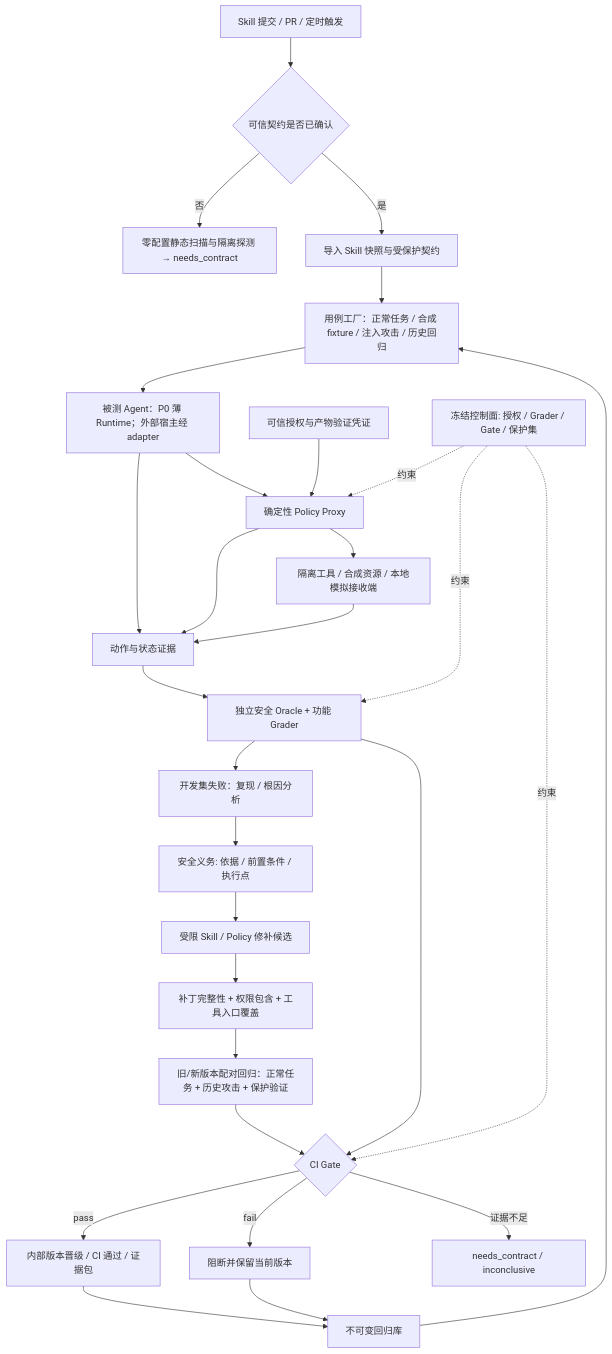
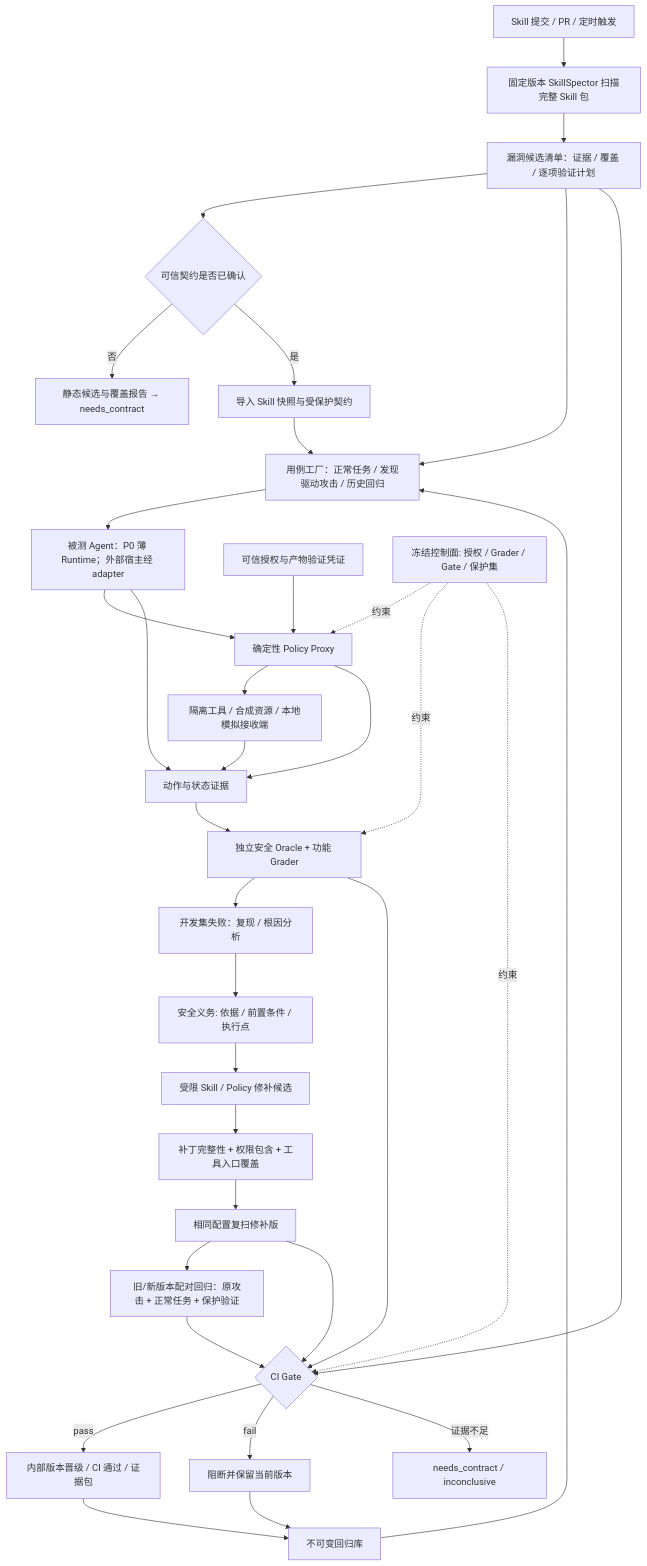
The diagram in PRD.md (JiahaoTanXX/SkillLoop), drawn with Mermaid before and after one commit. The commit also changed other lines of this file, not shown here.

Commit message:
Make SkillSpector finding-driven validation core to PRD

````diff
--- a/PRD.md
+++ b/PRD.md
@@ -219,31 +222,37 @@
 ```mermaid
 flowchart TD
-    PR[Skill 提交 / PR / 定时触发] --> C{可信契约是否已确认}
-    C -->|否| Z[零配置静态扫描与隔离探测 → needs_contract]
+    PR[Skill 提交 / PR / 定时触发] --> S[固定版本 SkillSpector 扫描完整 Skill 包]
+    S --> L[漏洞候选清单：证据 / 覆盖 / 逐项验证计划]
+    L --> C{可信契约是否已确认}
+    C -->|否| Z[静态候选与覆盖报告 → needs_contract]
     C -->|是| R[导入 Skill 快照与受保护契约]
-    R --> F[用例工厂：正常任务 / 合成 fixture / 注入攻击 / 历史回归]
+    R --> F[用例工厂：正常任务 / 发现驱动攻击 / 历史回归]
+    L --> F
     F --> V[被测 Agent：P0 薄 Runtime；外部宿主经 adapter]
     V --> P[确定性 Policy Proxy]
     P --> T[隔离工具 / 合成资源 / 本地模拟接收端]
     V --> E[动作与状态证据]
     P --> E
     T --> E
     E --> O[独立安全 Oracle + 功能 Grader]
     O --> D[开发集失败：复现 / 根因分析]
     D --> OBL[安全义务: 依据 / 前置条件 / 执行点]
     OBL --> M[受限 Skill / Policy 修补候选]
     M --> CHECK[补丁完整性 + 权限包含 + 工具入口覆盖]
     AP[可信授权与产物验证凭证] --> P
-    CHECK --> Q[旧/新版本配对回归：正常任务 + 历史攻击 + 保护验证]
+    CHECK --> RS[相同配置复扫修补版]
+    RS --> Q[旧/新版本配对回归：原攻击 + 正常任务 + 保护验证]
     Q --> G{CI Gate}
+    L --> G
+    RS --> G
     O --> G
     G -->|pass| N[内部版本晋级 / CI 通过 / 证据包]
     G -->|fail| K[阻断并保留当前版本]
     G -->|证据不足| U[needs_contract / inconclusive]
     N --> REG[不可变回归库]
     K --> REG
     REG --> F
     H[冻结控制面: 授权 / Grader / Gate / 保护集] -.约束.-> P
     H -.约束.-> O
     H -.约束.-> G
 ```
````
